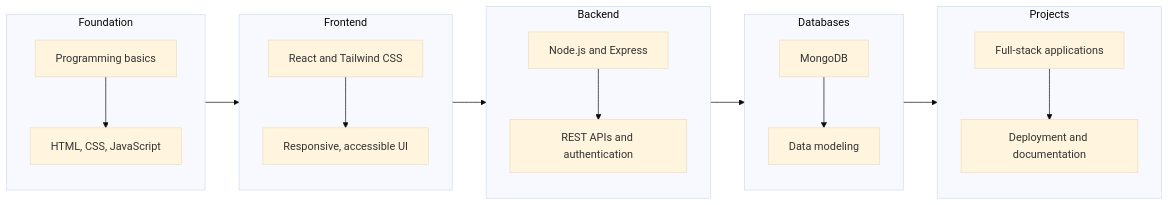
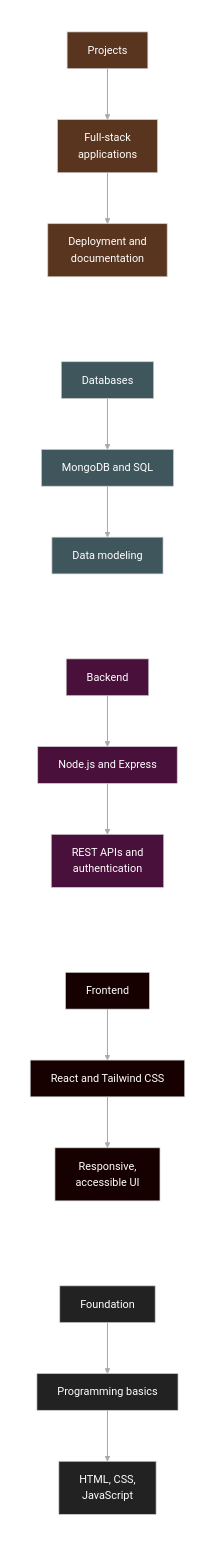
Before and after one commit to alhazuddin07/alhazuddin07: the third of 3 diagrams in README.md, drawn with Mermaid (base theme). The commit also changed other lines of this file, not shown here.

````diff
--- a/README.md
+++ b/README.md
@@ -315,42 +440,67 @@
 ```mermaid
 flowchart LR
-    subgraph F["Foundation"]
+    subgraph F[" "]
         direction TB
-        A["Programming basics"]
-        A1["HTML, CSS, JavaScript"]
+        A["Foundation"]
+        A1["Programming basics"]
+        A2["HTML, CSS,<br/>JavaScript"]
         A --> A1
+        A1 --> A2
     end
 
-    subgraph FE["Frontend"]
+    subgraph FE[" "]
         direction TB
-        B["React and Tailwind CSS"]
-        B1["Responsive, accessible UI"]
+        B["Frontend"]
+        B1["React and Tailwind CSS"]
+        B2["Responsive,<br/>accessible UI"]
         B --> B1
+        B1 --> B2
     end
 
-    subgraph BE["Backend"]
+    subgraph BE[" "]
         direction TB
-        C["Node.js and Express"]
-        C1["REST APIs and authentication"]
+        C["Backend"]
+        C1["Node.js and Express"]
+        C2["REST APIs and<br/>authentication"]
         C --> C1
+        C1 --> C2
     end
 
-    subgraph DB["Databases"]
+    subgraph DB[" "]
         direction TB
-        D["MongoDB"]
-        D1["Data modeling"]
+        D["Databases"]
+        D1["MongoDB and SQL"]
+        D2["Data modeling"]
         D --> D1
+        D1 --> D2
     end
 
-    subgraph P["Projects"]
+    subgraph P[" "]
         direction TB
-        E["Full-stack applications"]
-        E1["Deployment and documentation"]
+        E["Projects"]
+        E1["Full-stack<br/>applications"]
+        E2["Deployment and<br/>documentation"]
         E --> E1
+        E1 --> E2
     end
 
-    A1 --> B
-    B1 --> C
-    C1 --> D
-    D1 --> E
+    classDef foundation fill:#222222,stroke:#cccccc,color:#ffffff,stroke-width:1px
+    classDef frontend fill:#160000,stroke:#cccccc,color:#ffffff,stroke-width:1px
+    classDef backend fill:#4a103c,stroke:#cccccc,color:#ffffff,stroke-width:1px
+    classDef database fill:#40565d,stroke:#cccccc,color:#ffffff,stroke-width:1px
+    classDef projects fill:#59351f,stroke:#cccccc,color:#ffffff,stroke-width:1px
+
+    class A,A1,A2 foundation
+    class B,B1,B2 frontend
+    class C,C1,C2 backend
+    class D,D1,D2 database
+    class E,E1,E2 projects
+
+    style F fill:transparent,stroke:transparent
+    style FE fill:transparent,stroke:transparent
+    style BE fill:transparent,stroke:transparent
+    style DB fill:transparent,stroke:transparent
+    style P fill:transparent,stroke:transparent
+
+    linkStyle default stroke:#aaaaaa,stroke-width:1.5px
 ```
````
